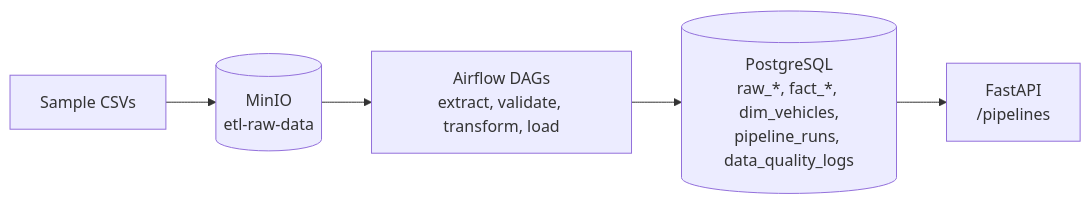
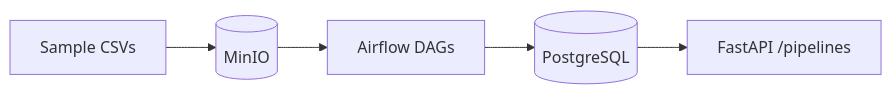
The diagram in README.md (Srijareddy123/fleet-telematics-etl), drawn with Mermaid before and after one commit. The commit also changed other lines of this file and 1 other file, not shown here.

````diff
--- a/README.md
+++ b/README.md
@@ -30,7 +23,7 @@
 ```mermaid
 flowchart LR
-    CSV[Sample CSVs] --> MinIO[(MinIO<br/>etl-raw-data)]
-    MinIO --> AF[Airflow DAGs<br/>extract, validate, transform, load]
-    AF --> PG[(PostgreSQL<br/>raw_*, fact_*, dim_vehicles,<br/>pipeline_runs, data_quality_logs)]
-    PG --> API[FastAPI<br/>/pipelines]
+    CSV[Sample CSVs] --> MinIO[(MinIO)]
+    MinIO --> AF[Airflow DAGs]
+    AF --> PG[(PostgreSQL)]
+    PG --> API[FastAPI /pipelines]
 ```
````
